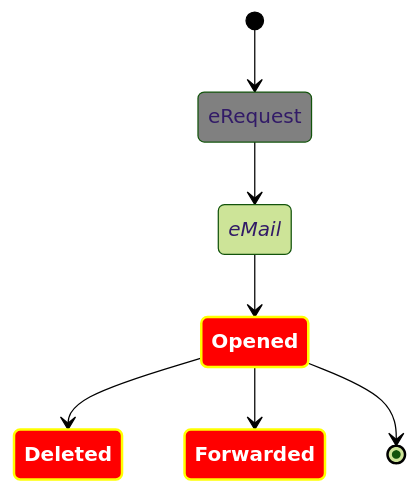
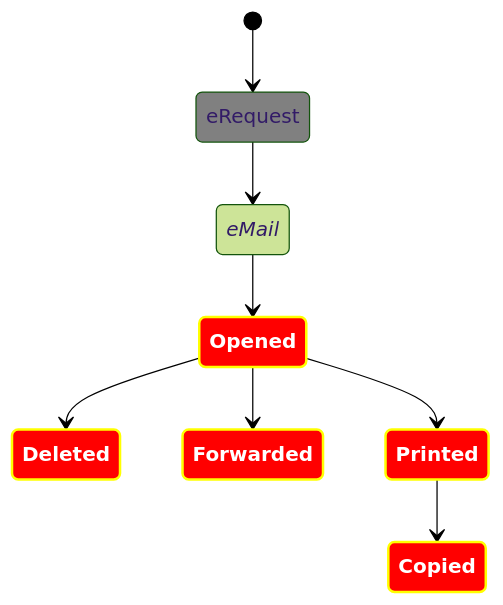
The seventh of 7 diagrams in README.md (Kietpawpan/pdpa), drawn with Mermaid (forest theme) before and after one commit.

````diff
--- a/README.md
+++ b/README.md
@@ -141,18 +141,19 @@
 ```mermaid
 stateDiagram
    direction TB
 
    accTitle: e-Tracking Risk
    accDescr: This is an accessible description
 
    classDef notMoving fill:grey
    classDef movement font-style:italic;
    classDef badBadEvent fill:#f00,color:white,font-weight:bold,stroke-width:2px,stroke:yellow
 
    [*] --> eRequest:::notMoving
    eRequest--> eMail:::movement
    eMail --> Opened:::badBadEvent
 	Opened:::badBadEvent-->Deleted:::badBadEvent
 Opened:::badBadEvent-->Forwarded:::badBadEvent
-   Opened:::badBadEvent --> [*]
+   Opened:::badBadEvent --> Printed:::badBadEvent
+Printed:::badBadEvent-->Copied:::badBadEvent
 ```
````
